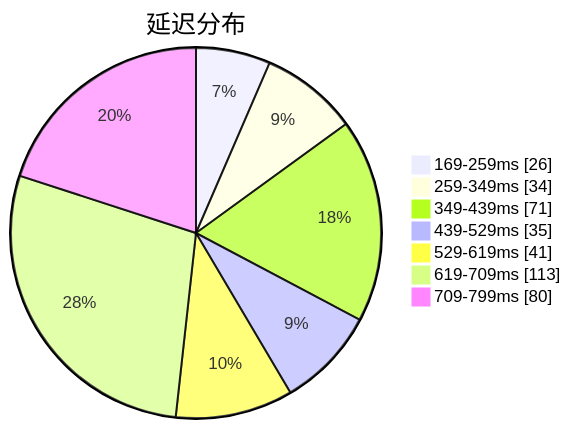
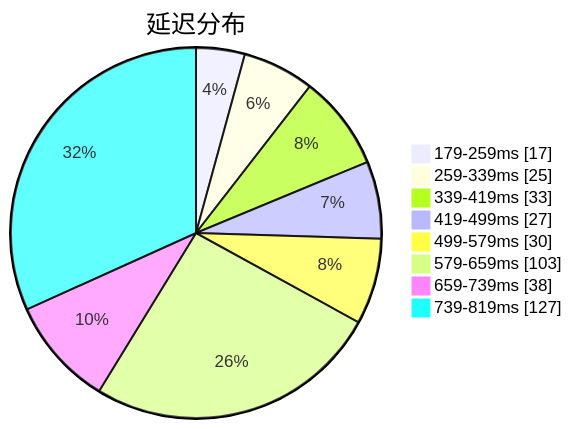
Before and after one commit to qjlxg/airport: the first of 3 diagrams in subs/statistics/tested_within.md, drawn with Mermaid. The commit also changed other lines of this file and 2 other files, not shown here.

````diff
--- a/subs/statistics/tested_within.md
+++ b/subs/statistics/tested_within.md
@@ -2,11 +2,12 @@
 ```mermaid
 pie showData
 title 延迟分布
-"169-259ms" : 26
-"259-349ms" : 34
-"349-439ms" : 71
-"439-529ms" : 35
-"529-619ms" : 41
-"619-709ms" : 113
-"709-799ms" : 80
+"179-259ms" : 17
+"259-339ms" : 25
+"339-419ms" : 33
+"419-499ms" : 27
+"499-579ms" : 30
+"579-659ms" : 103
+"659-739ms" : 38
+"739-819ms" : 127
 ```
````
